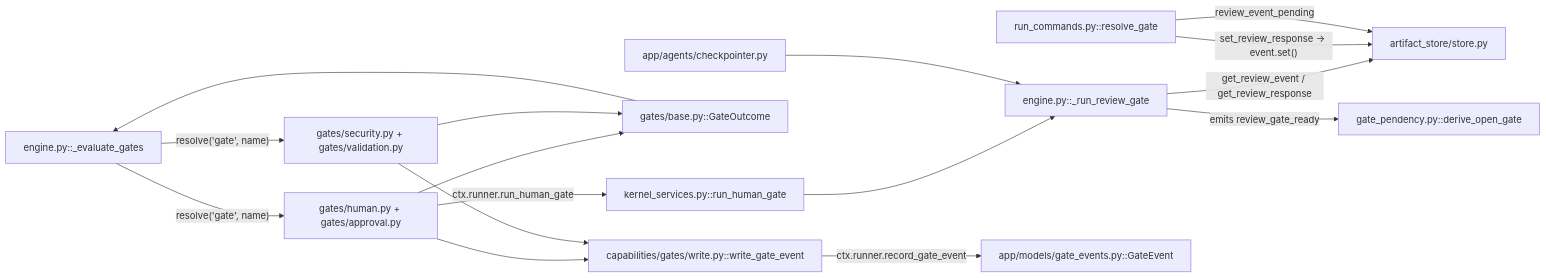
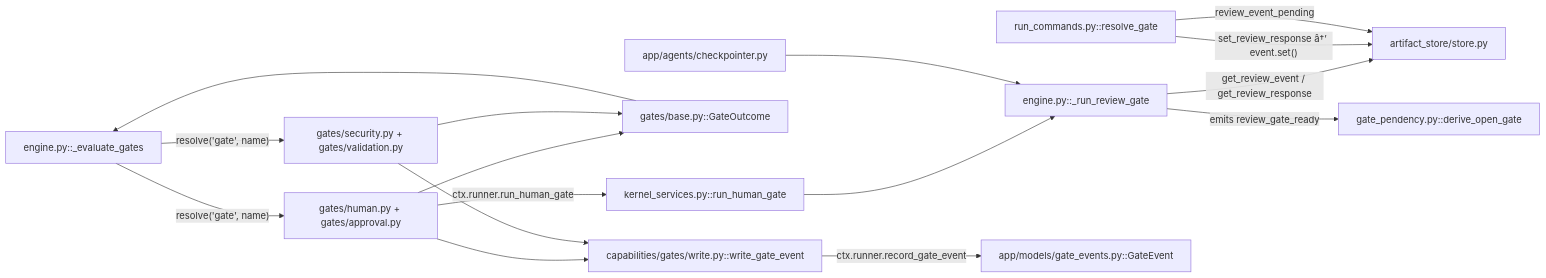
Diagram 11 of 16 in .knowledge/ARCHITECTURE.md (prateek-sinha7/IdeaFlowAI), drawn with Mermaid before and after one commit. The commit also changed other lines of this file and 791 other files, not shown here.

````diff
--- a/.knowledge/ARCHITECTURE.md
+++ b/.knowledge/ARCHITECTURE.md
@@ -331,31 +346,31 @@
 ```mermaid
 flowchart LR
     run_commands["run_commands.py::resolve_gate"]
     store["artifact_store/store.py"]
     evaluate["engine.py::_evaluate_gates"]
     review["engine.py::_run_review_gate"]
     delegate["kernel_services.py::run_human_gate"]
     hitl["gates/human.py + gates/approval.py"]
     policy["gates/security.py + gates/validation.py"]
     base["gates/base.py::GateOutcome"]
     write["capabilities/gates/write.py::write_gate_event"]
     audit["app/models/gate_events.py::GateEvent"]
     pendency["gate_pendency.py::derive_open_gate"]
     checkpointer["app/agents/checkpointer.py"]
 
     evaluate -->|"resolve('gate', name)"| hitl
     evaluate -->|"resolve('gate', name)"| policy
     hitl -->|"ctx.runner.run_human_gate"| delegate
     delegate --> review
     review -->|"get_review_event / get_review_response"| store
-    run_commands -->|"set_review_response → event.set()"| store
+    run_commands -->|"set_review_response â†’ event.set()"| store
     run_commands -->|"review_event_pending"| store
     hitl --> base
     policy --> base
     base --> evaluate
     hitl --> write
     policy --> write
     write -->|"ctx.runner.record_gate_event"| audit
     review -->|"emits review_gate_ready"| pendency
     checkpointer --> review
 ```
````
